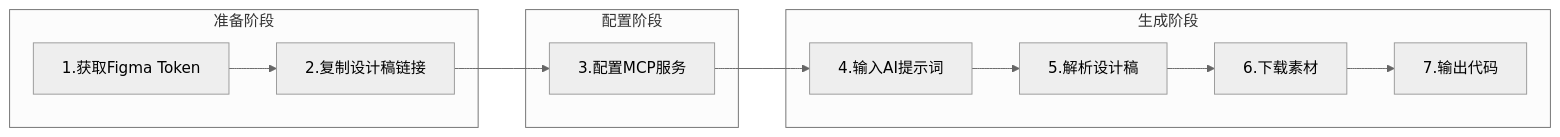
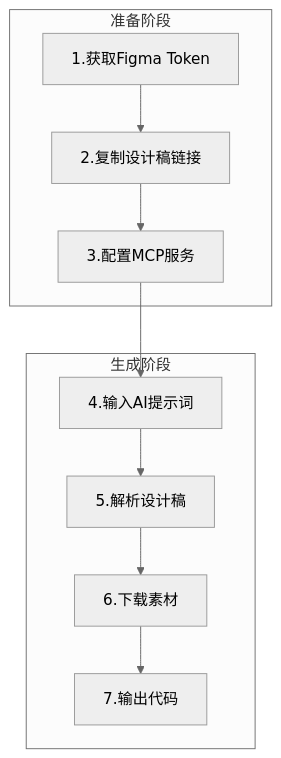
One commit to carolineMY/obsidian-vault changed the diagram in 计算机/人工智能/人工智能应用/cursor使用/设计稿生成代码提示词/使用cursor +  figma-developer-mcp设计稿一键生成代码.md. Above: the diagram before and after it, drawn with Mermaid (neutral theme). The commit also changed 2 other files, not shown here.

Commit message:
vault backup: 2025-06-20 09:42:44

````diff
--- a/计算机/人工智能/人工智能应用/cursor使用/设计稿生成代码提示词/使用cursor +  figma-developer-mcp设计稿一键生成代码.md
+++ b/计算机/人工智能/人工智能应用/cursor使用/设计稿生成代码提示词/使用cursor +  figma-developer-mcp设计稿一键生成代码.md
@@ -3,17 +3,14 @@
 ```mermaid
-graph LR
+graph TB
     subgraph 准备阶段
     A[1.获取Figma Token]-->B[2.复制设计稿链接]
-    end
-    
-    subgraph 配置阶段
     B-->C[3.配置MCP服务]
     end
     
     subgraph 生成阶段
     C-->D[4.输入AI提示词]
     D-->E[5.解析设计稿]
     E-->F[6.下载素材]
     F-->G[7.输出代码]
     end
 ```
````
